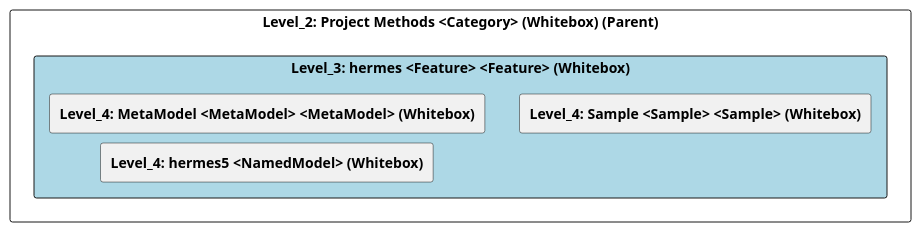
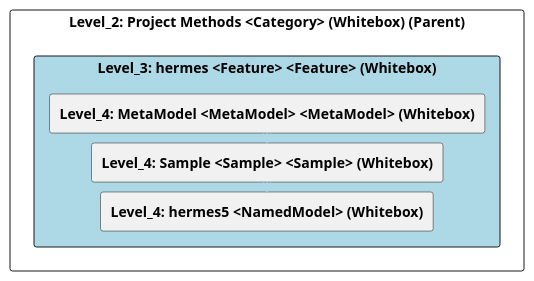
One commit to marcozwyssig/cleon changed the diagram in doc/cleonproject_deliverables_architecture_model_architecture/adoc/de/05_bausteinsicht/cleon/project_methods/hermes/ebene_3_hermes.adoc. Above: the diagram before and after it, drawn with PlantUML. The commit also changed other lines of this file and 187 other files, not shown here.

```diff
--- a/doc/cleonproject_deliverables_architecture_model_architecture/adoc/de/05_bausteinsicht/cleon/project_methods/hermes/ebene_3_hermes.adoc
+++ b/doc/cleonproject_deliverables_architecture_model_architecture/adoc/de/05_bausteinsicht/cleon/project_methods/hermes/ebene_3_hermes.adoc
@@ -20,26 +20,30 @@
 [plantuml, Level_3: hermes <Feature> <Feature> (Whitebox)BlockOverview, format="svg"]
 ----
 @startuml Level_3: hermes <Feature> <Feature> (Whitebox)BuildingBlockOverview
 
 skinparam ranksep 10
 skinparam componentStyle rectangle
 skinparam shadowing false
 skinparam arrowColor lightblue
 skinparam arrowThickness 1.2
 skinparam rectangle {
   BackgroundColor White
   BorderColor #333
   RoundCorner 10
 }
 top to bottom direction
 
 component "Level_2: Project Methods <Category> (Whitebox) (Parent)" {
     component "Level_3: hermes <Feature> <Feature> (Whitebox)" #lightblue {
         [**Level_4: MetaModel <MetaModel> <MetaModel> (Whitebox)**] as 4A570569_D579_11EE_903E_9F564E4DE07E
         [**Level_4: Sample <Sample> <Sample> (Whitebox)**] as 4A56DE3D_D579_11EE_903E_9F564E4DE07E
         [**Level_4: hermes5 <NamedModel> (Whitebox)**] as 4A56DE54_D579_11EE_903E_9F564E4DE07E
     }
+
+    4A570569_D579_11EE_903E_9F564E4DE07E -down-> 4A56DE3D_D579_11EE_903E_9F564E4DE07E
+    4A56DE3D_D579_11EE_903E_9F564E4DE07E -down-> 4A56DE54_D579_11EE_903E_9F564E4DE07E
+    
 }
 
 @enduml
 ----
```
